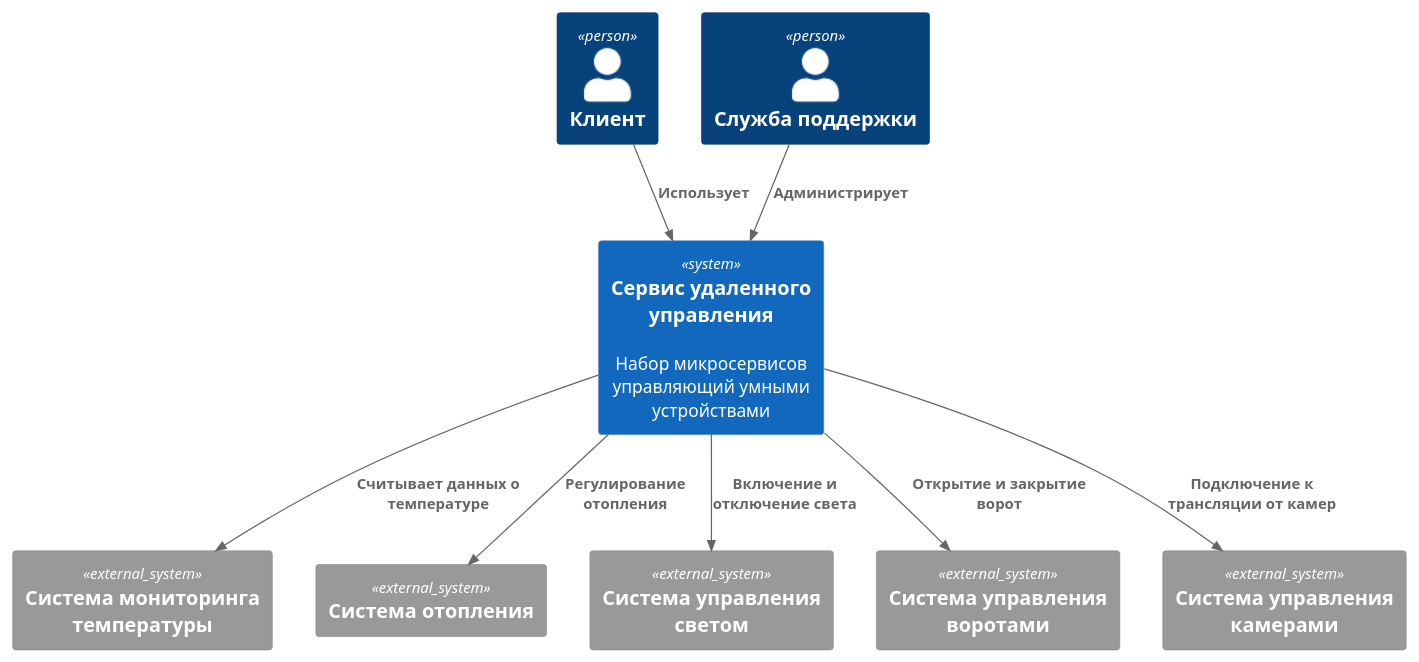
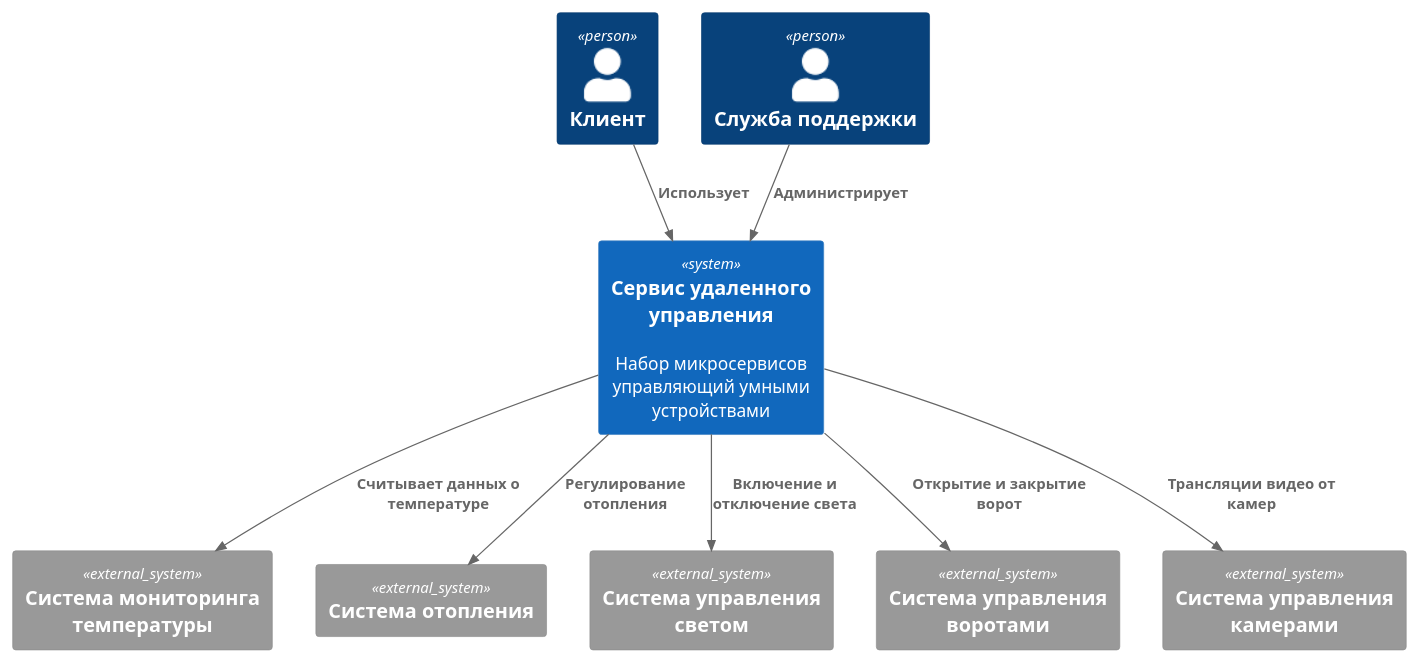
One commit to BlackDEK/architecture-sprint-3 changed the diagram in docs/context_to_be.plantuml. Above: the diagram before and after it, drawn with PlantUML. The commit also changed 1 other file, not shown here.

Commit message:
- Добавлены диаграммы контекста и контейнеров.

```diff
--- a/docs/context_to_be.plantuml
+++ b/docs/context_to_be.plantuml
@@ -1,21 +1,21 @@
 @startuml
 !include <C4/C4_Context>
 
 Person(client, "Клиент", "")
 Person(admin, "Служба поддержки", "")
 System(service, "Сервис удаленного управления", "Набор микросервисов управляющий умными устройствами")
 System_Ext(sensor1, "Система мониторинга температуры")
 System_Ext(sensor2, "Система отопления")
 System_Ext(sensor3, "Система управления светом")
 System_Ext(sensor4, "Система управления воротами")
 System_Ext(sensor5, "Система управления камерами")
 
 Rel(client, service, "Использует")
 Rel(admin, service, "Администрирует")
 Rel(service, sensor1, "Считывает данных о температуре")
 Rel(service, sensor2, "Регулирование отопления")
 Rel(service, sensor3, "Включение и отключение света")
 Rel(service, sensor4, "Открытие и закрытие ворот")
-Rel(service, sensor5, "Подключение к трансляции от камер")
+Rel(service, sensor5, "Трансляции видео от камер")
 
 @enduml
```
